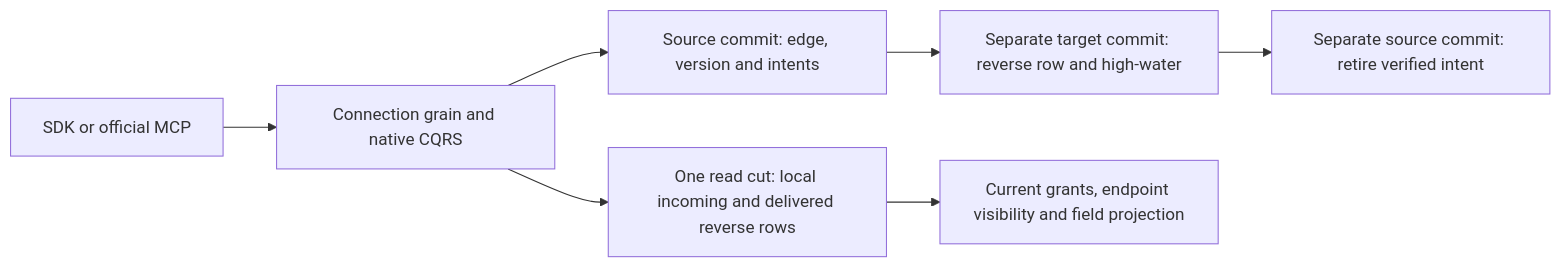
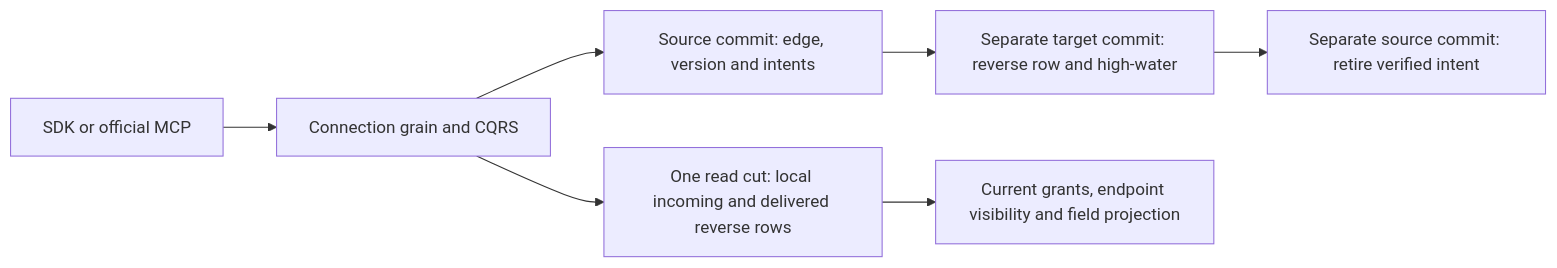
The diagram in docs/Features/GraphTraversal/CrossPartitionEdges.md (managedcode/KeyLoad), drawn with Mermaid before and after one commit. The commit also changed other lines of this file and 9016 other files, not shown here.

````diff
--- a/docs/Features/GraphTraversal/CrossPartitionEdges.md
+++ b/docs/Features/GraphTraversal/CrossPartitionEdges.md
@@ -81,9 +81,9 @@
 ```mermaid
 flowchart LR
-    caller[SDK or official MCP] --> request[Connection grain and native CQRS]
+    caller[SDK or official MCP] --> request[Connection grain and CQRS]
     request --> source[Source commit: edge, version and intents]
     source --> target[Separate target commit: reverse row and high-water]
     target --> complete[Separate source commit: retire verified intent]
     request --> read[One read cut: local incoming and delivered reverse rows]
     read --> privacy[Current grants, endpoint visibility and field projection]
 ```
````
